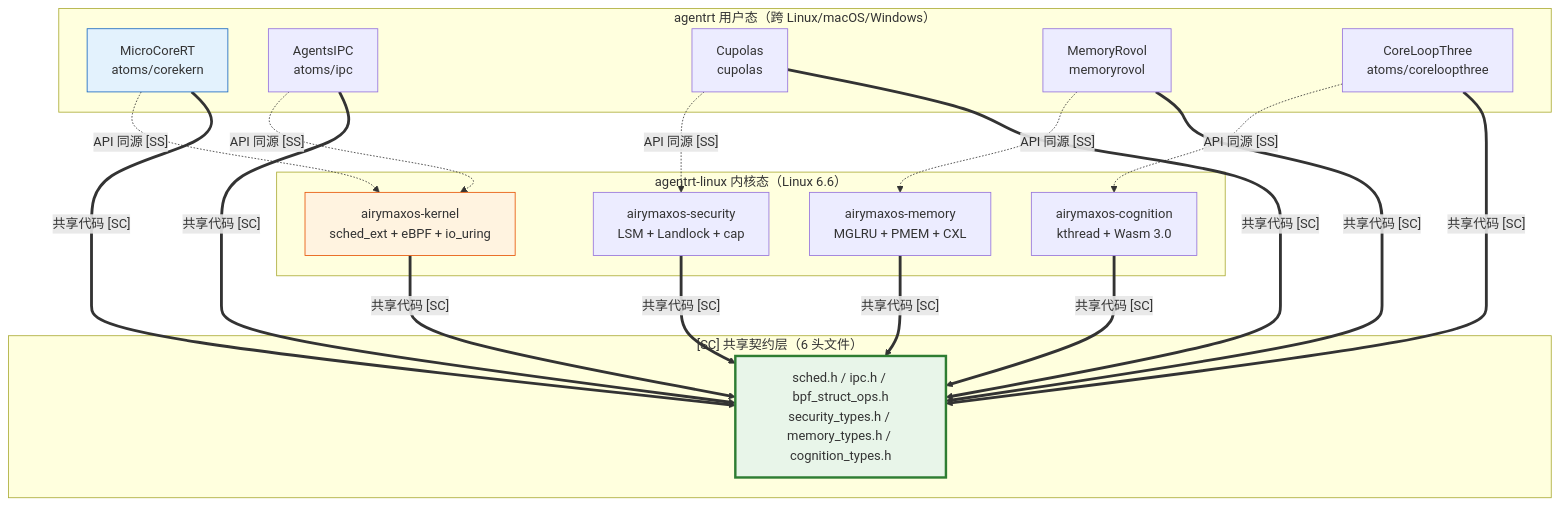
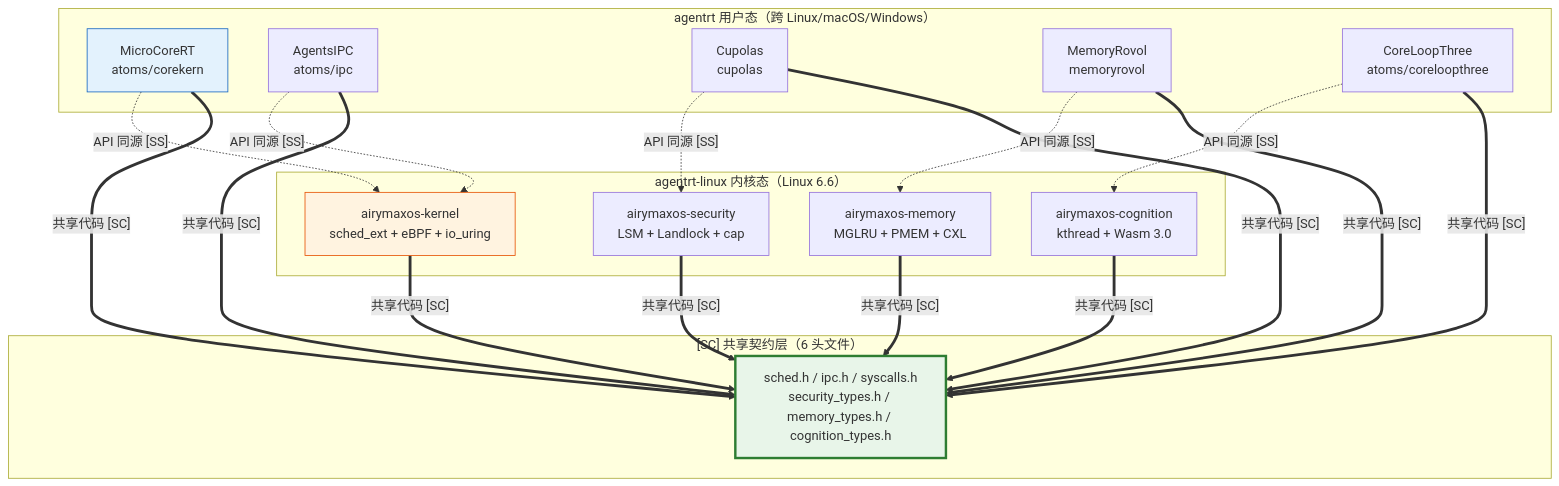
One commit to SpharxTeam/Docs changed the diagram in AirymaxOS/10-architecture/01-system-architecture.md. Above: the diagram before and after it, drawn with Mermaid. The commit also changed other lines of this file and 151 other files, not shown here.

````diff
--- a/AirymaxOS/10-architecture/01-system-architecture.md
+++ b/AirymaxOS/10-architecture/01-system-architecture.md
@@ -289,41 +289,41 @@
 ```mermaid
 graph TB
     subgraph "agentrt 用户态（跨 Linux/macOS/Windows）"
         RT_CORE[MicroCoreRT<br/>atoms/corekern]
         RT_IPC[AgentsIPC<br/>atoms/ipc]
         RT_SEC[Cupolas<br/>cupolas]
         RT_MEM[MemoryRovol<br/>memoryrovol]
         RT_COG[CoreLoopThree<br/>atoms/coreloopthree]
     end
 
     subgraph "agentrt-linux 内核态（Linux 6.6）"
         OS_KERN[airymaxos-kernel<br/>sched_ext + eBPF + io_uring]
         OS_SEC[airymaxos-security<br/>LSM + Landlock + cap]
         OS_MEM[airymaxos-memory<br/>MGLRU + PMEM + CXL]
         OS_COG[airymaxos-cognition<br/>kthread + Wasm 3.0]
     end
 
     subgraph "[SC] 共享契约层（6 头文件）"
-        SC[sched.h / ipc.h / bpf_struct_ops.h<br/>security_types.h / memory_types.h / cognition_types.h]
+        SC[sched.h / ipc.h / syscalls.h<br/>security_types.h / memory_types.h / cognition_types.h]
     end
 
     RT_CORE -.->|"API 同源 [SS]"| OS_KERN
     RT_IPC -.->|"API 同源 [SS]"| OS_KERN
     RT_SEC -.->|"API 同源 [SS]"| OS_SEC
     RT_MEM -.->|"API 同源 [SS]"| OS_MEM
     RT_COG -.->|"API 同源 [SS]"| OS_COG
 
     RT_CORE ==>|"共享代码 [SC]"| SC
     RT_IPC ==>|"共享代码 [SC]"| SC
     RT_SEC ==>|"共享代码 [SC]"| SC
     RT_MEM ==>|"共享代码 [SC]"| SC
     RT_COG ==>|"共享代码 [SC]"| SC
     OS_KERN ==>|"共享代码 [SC]"| SC
     OS_SEC ==>|"共享代码 [SC]"| SC
     OS_MEM ==>|"共享代码 [SC]"| SC
     OS_COG ==>|"共享代码 [SC]"| SC
 
     style SC fill:#e8f5e9,stroke:#2e7d32,stroke-width:3px
     style RT_CORE fill:#e3f2fd,stroke:#1565c0
     style OS_KERN fill:#fff3e0,stroke:#e65100
 ```
````
